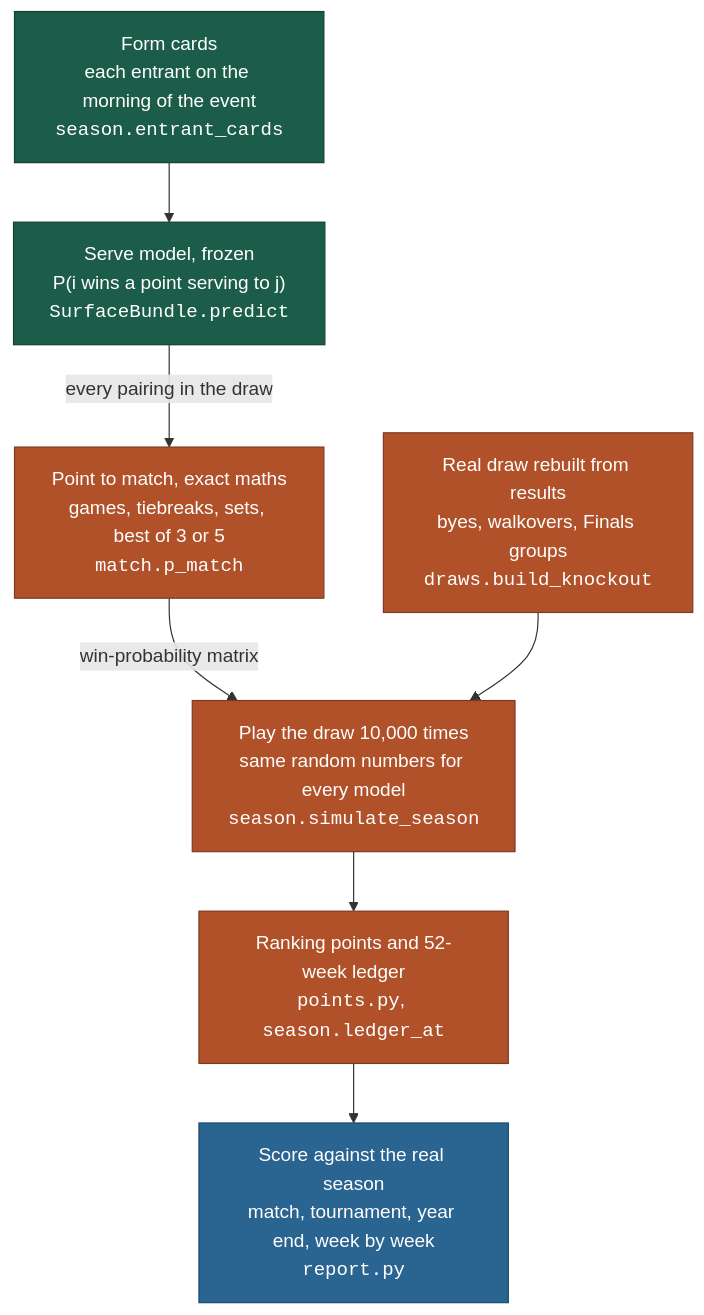
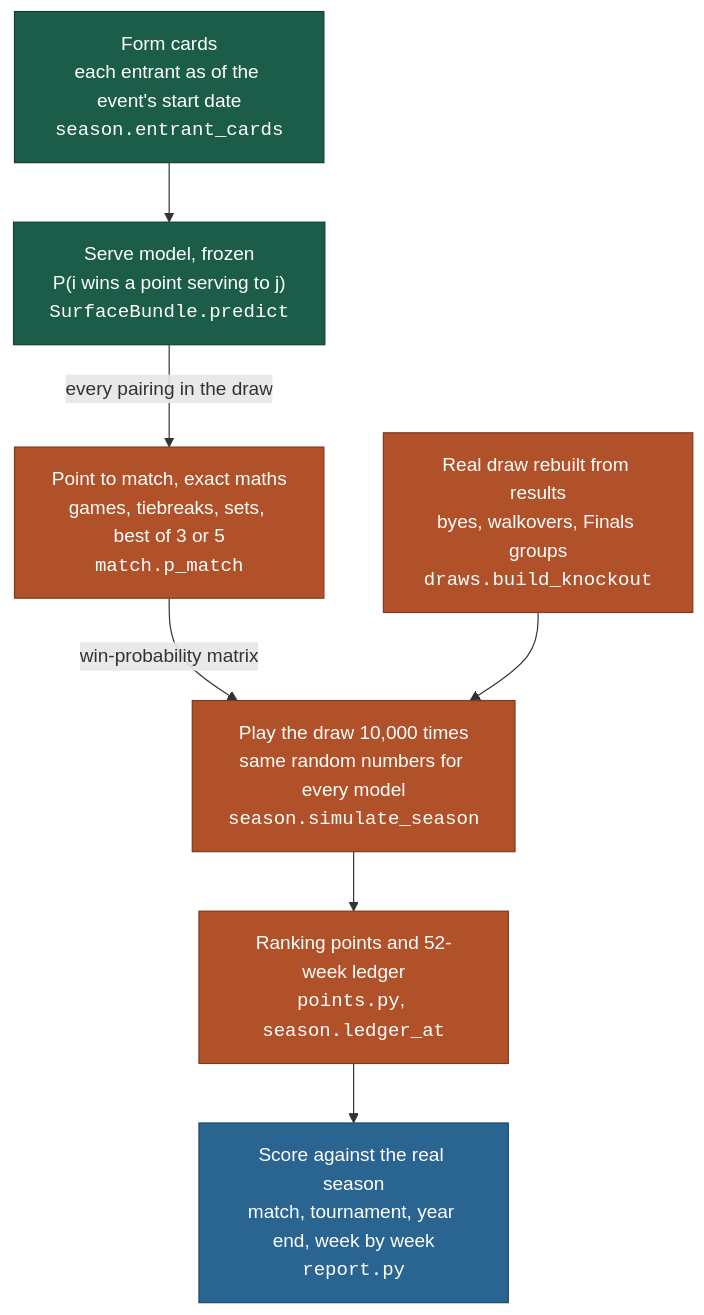
One commit to MacMac2070/atp-tennis-simulator changed the diagram in docs/season_simulation.md. Above: the diagram before and after it, drawn with Mermaid. The commit also changed other lines of this file and 44 other files, not shown here.

````diff
--- a/docs/season_simulation.md
+++ b/docs/season_simulation.md
@@ -13,17 +13,17 @@
 ```mermaid
 flowchart TD
-    C["Form cards<br/>each entrant on the morning of the event<br/><code>season.entrant_cards</code>"] --> M
+    C["Form cards<br/>each entrant as of the event's start date<br/><code>season.entrant_cards</code>"] --> M
     M["Serve model, frozen<br/>P(i wins a point serving to j)<br/><code>SurfaceBundle.predict</code>"] -->|"every pairing in the draw"| X
     X["Point to match, exact maths<br/>games, tiebreaks, sets, best of 3 or 5<br/><code>match.p_match</code>"] -->|"win-probability matrix"| T
     D["Real draw rebuilt from results<br/>byes, walkovers, Finals groups<br/><code>draws.build_knockout</code>"] --> T
     T["Play the draw 10,000 times<br/>same random numbers for every model<br/><code>season.simulate_season</code>"] --> P
     P["Ranking points and 52-week ledger<br/><code>points.py</code>, <code>season.ledger_at</code>"] --> R
     R["Score against the real season<br/>match, tournament, year end, week by week<br/><code>report.py</code>"]
 
     classDef model fill:#1c5d4a,stroke:#123f32,color:#fff
     classDef sim fill:#b0512a,stroke:#7d3a1e,color:#fff
     classDef out fill:#2a6490,stroke:#1d4a6b,color:#fff
     class C,M model
     class X,D,T,P sim
     class R out
 ```
````
